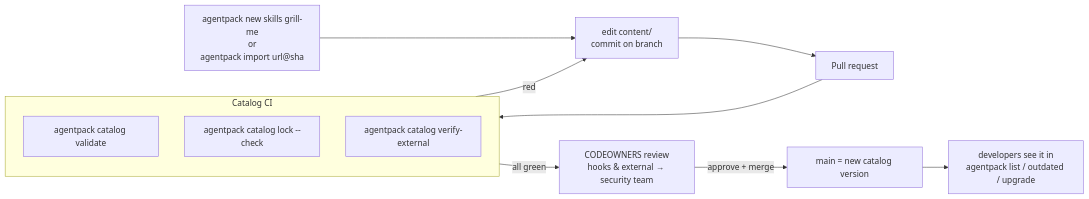
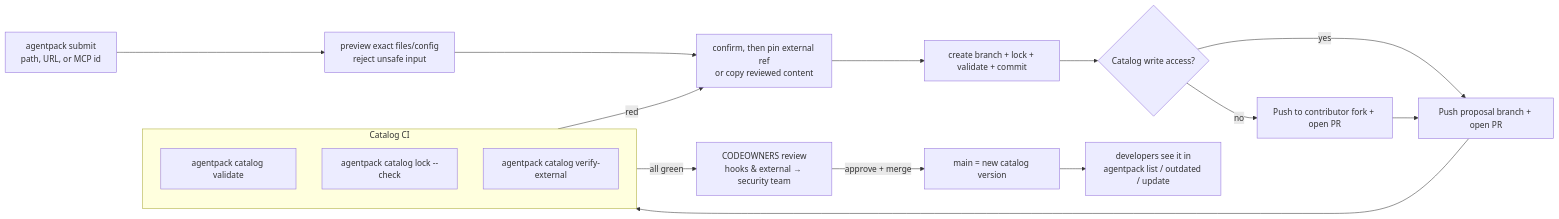
The third of 7 diagrams in docs/how-it-works.md (svennijhuis/AgentPack), drawn with Mermaid before and after one commit. The commit also changed other lines of this file and 59 other files, not shown here.

Commit message:
Refactor command list in DocumentationTests, update source management in ProdReadinessTests, fix LoadedCatalog initialization in TestSupport, and add UsabilityTests for provider resolution and renamed commands

````diff
--- a/docs/how-it-works.md
+++ b/docs/how-it-works.md
@@ -73,17 +74,22 @@
 ```mermaid
 flowchart LR
-    A["agentpack new skills grill-me<br/>or<br/>agentpack import url@sha"] --> B["edit content/<br/>commit on branch"]
-    B --> PR["Pull request"]
+    A["agentpack submit<br/>path, URL, or MCP id"] --> P["preview exact files/config<br/>reject unsafe input"]
+    P --> B["confirm, then pin external ref<br/>or copy reviewed content"]
+    B --> C["create branch + lock + validate + commit"]
+    C --> F{"Catalog write access?"}
+    F -->|yes| PR["Push proposal branch + open PR"]
+    F -->|no| FK["Push to contributor fork + open PR"]
+    FK --> PR
 
     subgraph ci["Catalog CI"]
         V["agentpack catalog validate"]
         L["agentpack catalog lock --check"]
         X["agentpack catalog verify-external"]
     end
 
     PR --> ci
     ci -->|all green| R["CODEOWNERS review<br/>hooks & external → security team"]
     ci -->|red| B
     R -->|approve + merge| M["main = new catalog version"]
-    M --> U["developers see it in<br/>agentpack list / outdated / upgrade"]
+    M --> U["developers see it in<br/>agentpack list / outdated / update"]
 ```
````
